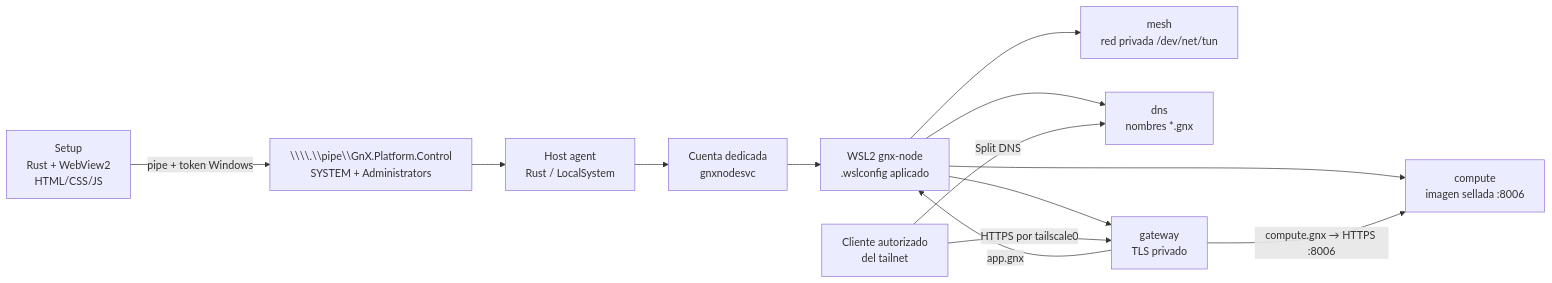
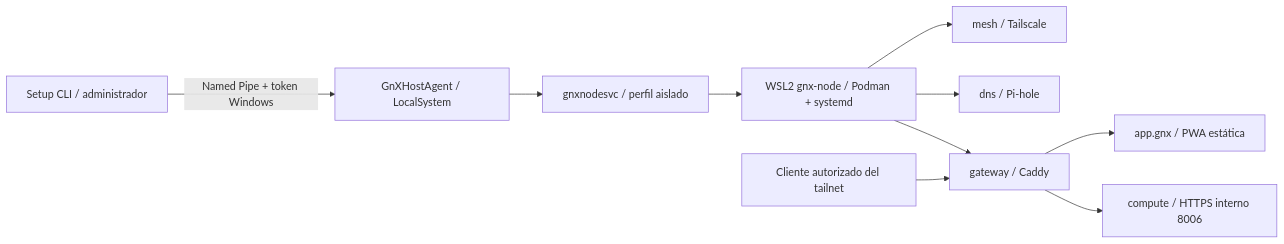
One commit to mayas-alas/quetzalcoatl changed the diagram in docs/architecture.md. Above: the diagram before and after it, drawn with Mermaid. The commit also changed other lines of this file and 3 other files, not shown here.

````diff
--- a/docs/architecture.md
+++ b/docs/architecture.md
@@ -93,24 +59,12 @@
 ```mermaid
 flowchart LR
-  Setup["Setup\nRust + WebView2\nHTML/CSS/JS"]
-  Pipe["\\\\.\\pipe\\GnX.Platform.Control\nSYSTEM + Administrators"]
-  Agent["Host agent\nRust / LocalSystem"]
-  Account["Cuenta dedicada\ngnxnodesvc"]
-  Node["WSL2 gnx-node\n.wslconfig aplicado"]
-  TS["mesh\nred privada /dev/net/tun"]
-  DNS["dns\nnombres *.gnx"]
-  Edge["gateway\nTLS privado"]
-  PVE["compute\nimagen sellada :8006"]
-  User["Cliente autorizado\ndel tailnet"]
-
-  Setup -->|pipe + token Windows| Pipe --> Agent
-  Agent --> Account --> Node
-  Node --> TS
-  Node --> DNS
-  Node --> Edge
-  Node --> PVE
-  User -->|Split DNS| DNS
-  User -->|HTTPS por tailscale0| Edge
-  Edge -->|app.gnx| Node
-  Edge -->|compute.gnx → HTTPS :8006| PVE
+  CLI["Setup CLI / administrador"] -->|"Named Pipe + token Windows"| Agent["GnXHostAgent / LocalSystem"]
+  Agent --> Identity["gnxnodesvc / perfil aislado"]
+  Identity --> WSL["WSL2 gnx-node / Podman + systemd"]
+  WSL --> Mesh["mesh / Tailscale"]
+  WSL --> DNS["dns / Pi-hole"]
+  WSL --> Gateway["gateway / Caddy"]
+  Gateway --> App["app.gnx / PWA estática"]
+  Gateway --> Compute["compute / HTTPS interno 8006"]
+  User["Cliente autorizado del tailnet"] --> Gateway
 ```
````
